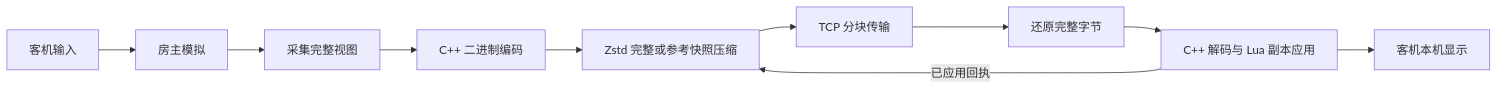
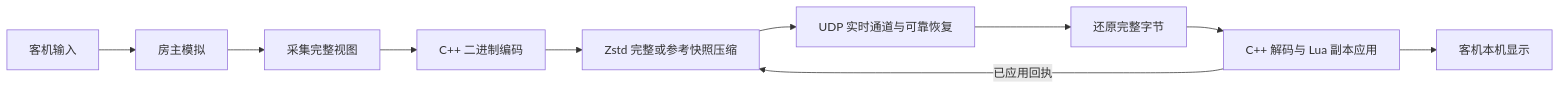
One commit to BMingSY/isaac-lan changed the diagram in docs/synchronization.md. Above: the diagram before and after it, drawn with Mermaid. The commit also changed other lines of this file and 60 other files, not shown here.

````diff
--- a/docs/synchronization.md
+++ b/docs/synchronization.md
@@ -7,12 +7,12 @@
 ```mermaid
 flowchart LR
     I[客机输入] --> H[房主模拟]
     H --> C[采集完整视图]
     C --> E[C++ 二进制编码]
     E --> D[Zstd 完整或参考快照压缩]
-    D --> T[TCP 分块传输]
+    D --> T[UDP 实时通道与可靠恢复]
     T --> R[还原完整字节]
     R --> A[C++ 解码与 Lua 副本应用]
     A --> P[客机本机显示]
     A -->|已应用回执| D
 ```
````
